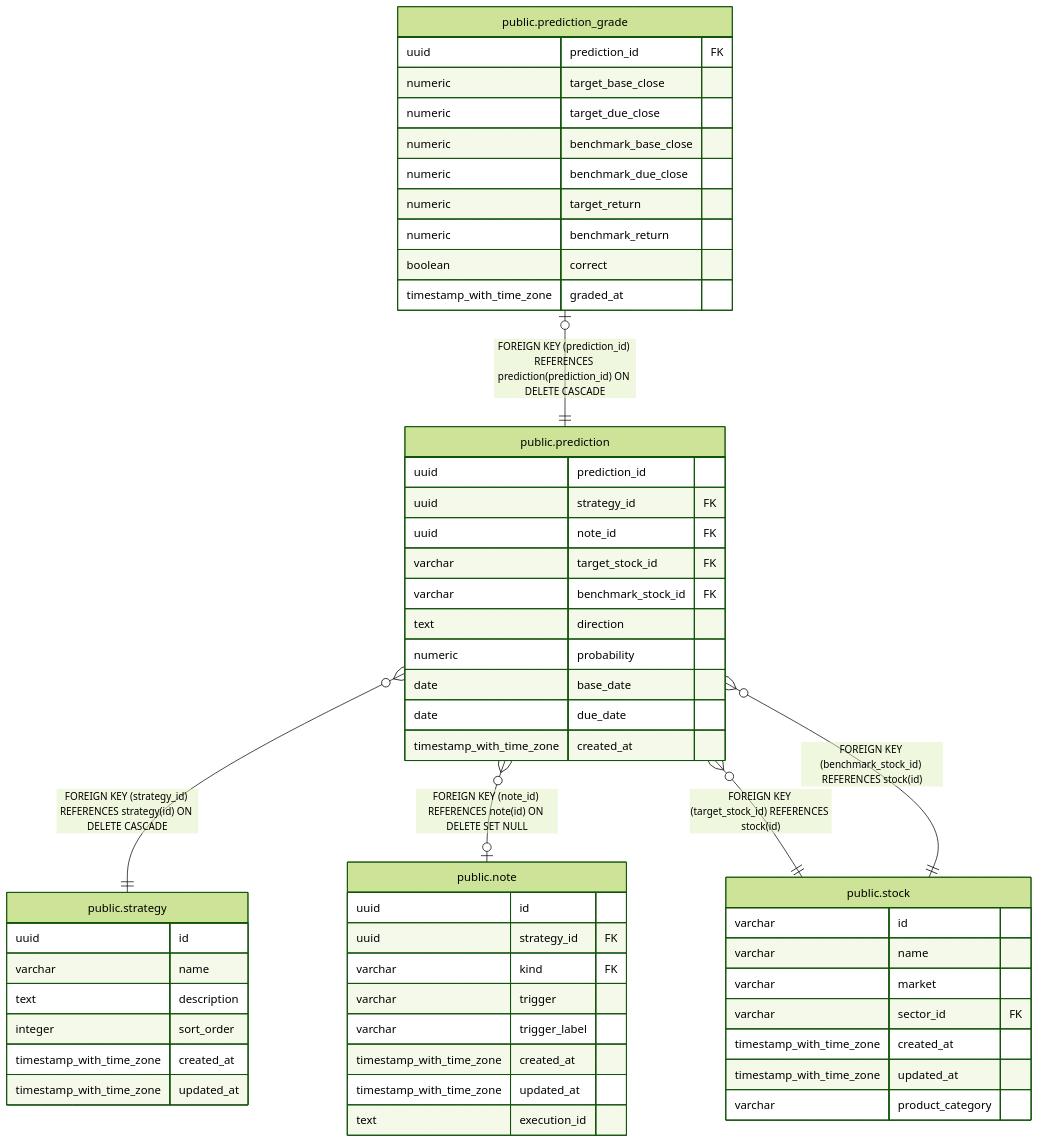
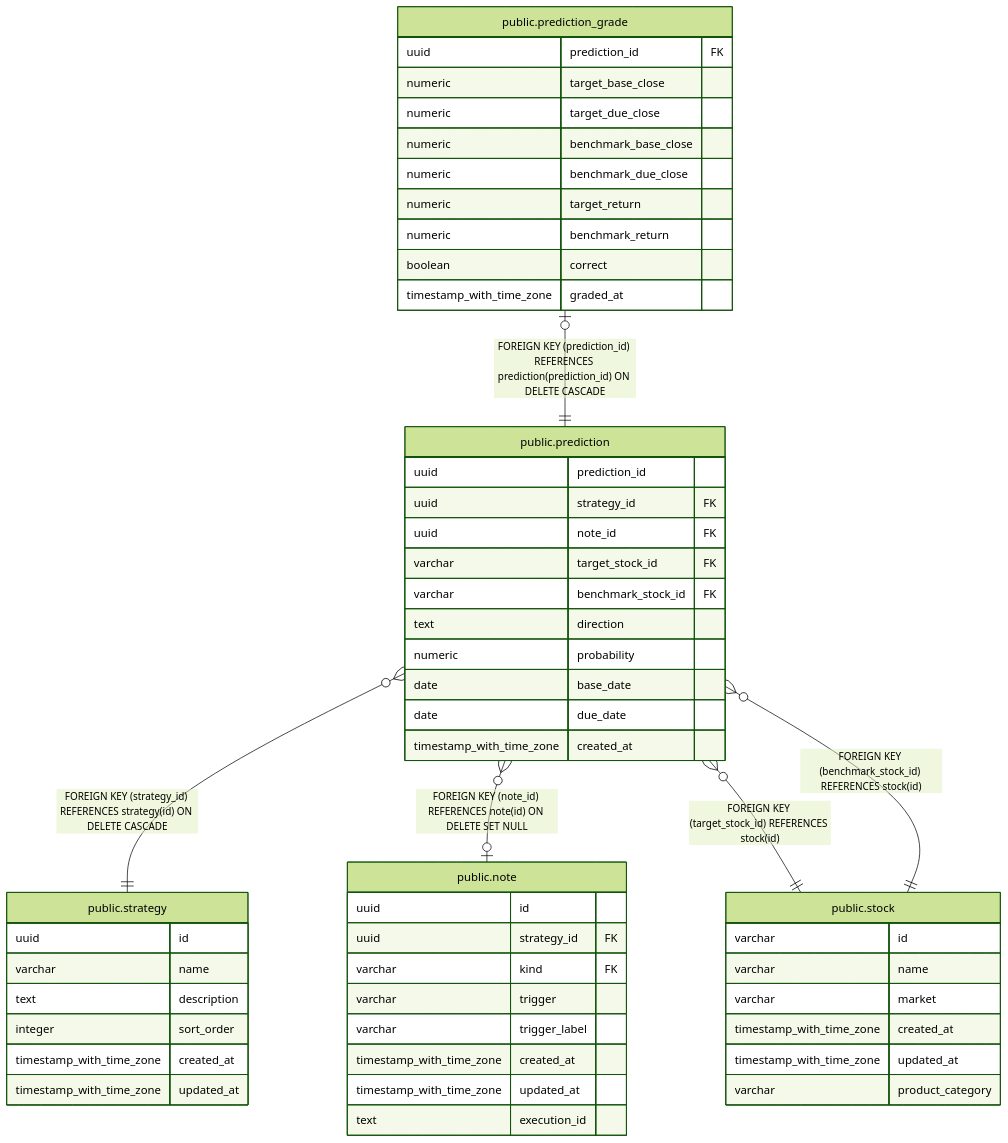
Before and after one commit to fohte/t-rader: the diagram in backend/docs/db/public.prediction.md, drawn with Mermaid (forest theme). The commit also changed 29 other files, not shown here.

````diff
--- a/backend/docs/db/public.prediction.md
+++ b/backend/docs/db/public.prediction.md
@@ -45,60 +45,59 @@
 ```mermaid
 erDiagram
 
 "public.prediction_grade" |o--|| "public.prediction" : "FOREIGN KEY (prediction_id) REFERENCES prediction(prediction_id) ON DELETE CASCADE"
 "public.prediction" }o--|| "public.strategy" : "FOREIGN KEY (strategy_id) REFERENCES strategy(id) ON DELETE CASCADE"
 "public.prediction" }o--o| "public.note" : "FOREIGN KEY (note_id) REFERENCES note(id) ON DELETE SET NULL"
 "public.prediction" }o--|| "public.stock" : "FOREIGN KEY (target_stock_id) REFERENCES stock(id)"
 "public.prediction" }o--|| "public.stock" : "FOREIGN KEY (benchmark_stock_id) REFERENCES stock(id)"
 
 "public.prediction" {
   uuid prediction_id
   uuid strategy_id FK
   uuid note_id FK
   varchar target_stock_id FK
   varchar benchmark_stock_id FK
   text direction
   numeric probability
   date base_date
   date due_date
   timestamp_with_time_zone created_at
 }
 "public.prediction_grade" {
   uuid prediction_id FK
   numeric target_base_close
   numeric target_due_close
   numeric benchmark_base_close
   numeric benchmark_due_close
   numeric target_return
   numeric benchmark_return
   boolean correct
   timestamp_with_time_zone graded_at
 }
 "public.strategy" {
   uuid id
   varchar name
   text description
   integer sort_order
   timestamp_with_time_zone created_at
   timestamp_with_time_zone updated_at
 }
 "public.note" {
   uuid id
   uuid strategy_id FK
   varchar kind FK
   varchar trigger
   varchar trigger_label
   timestamp_with_time_zone created_at
   timestamp_with_time_zone updated_at
   text execution_id
 }
 "public.stock" {
   varchar id
   varchar name
   varchar market
-  varchar sector_id FK
   timestamp_with_time_zone created_at
   timestamp_with_time_zone updated_at
   varchar product_category
 }
 ```
````
